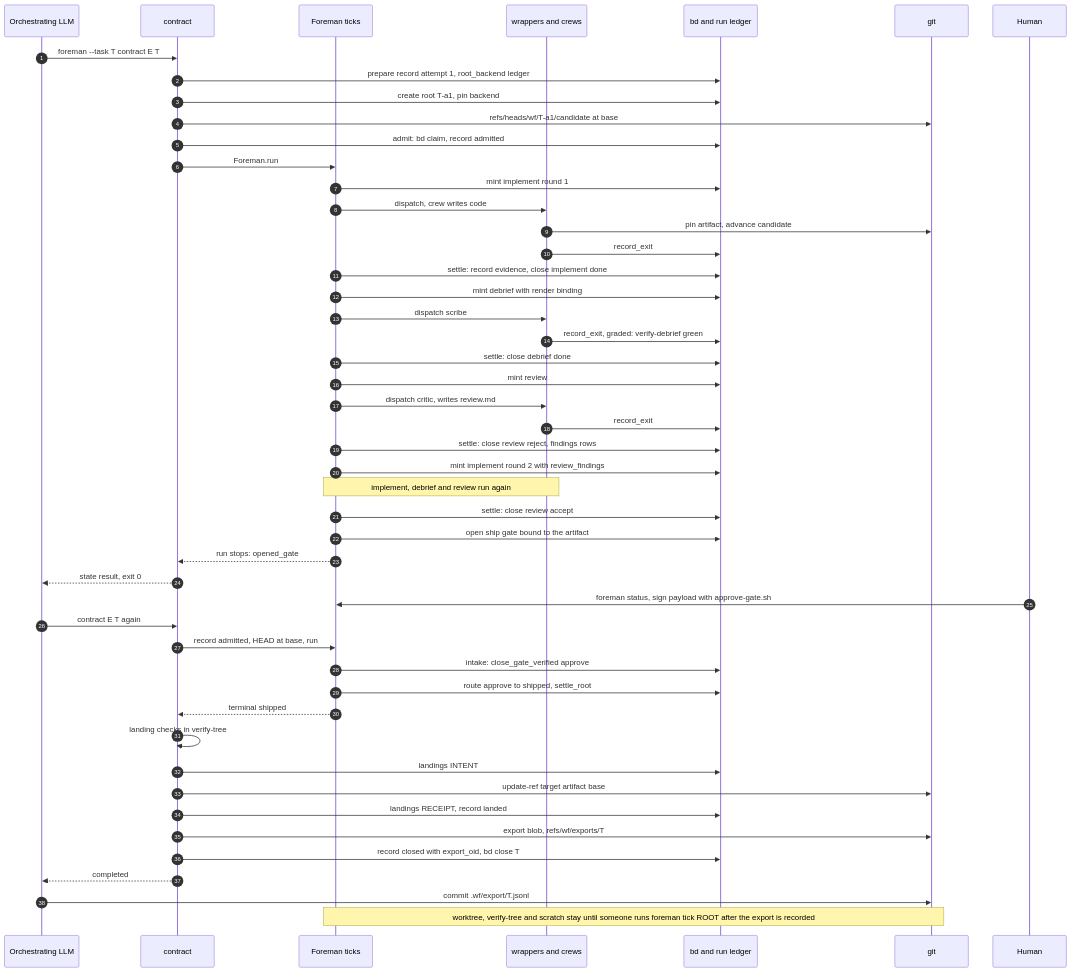
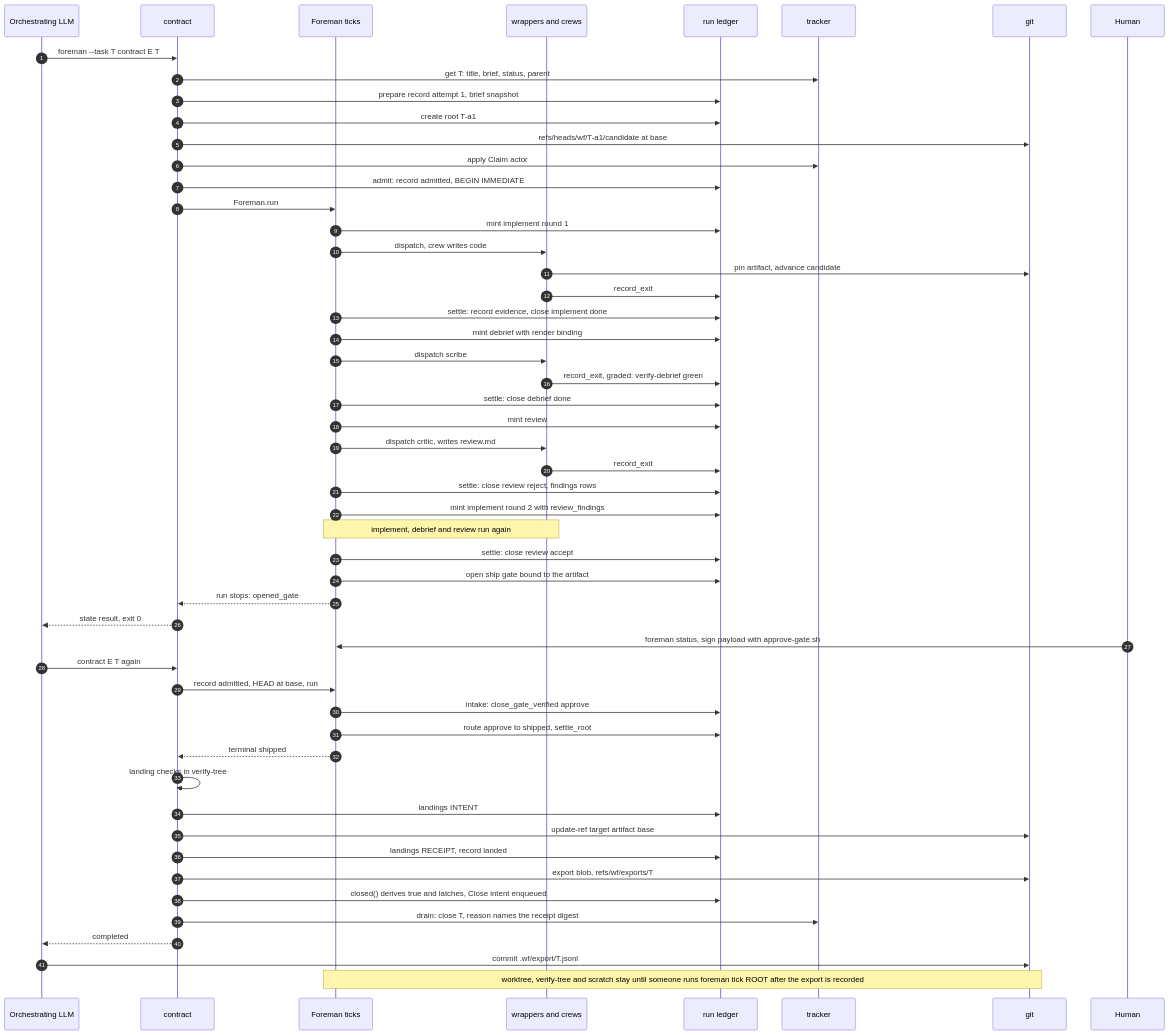
Before and after one commit to MVPavan/coding-ritual: diagram 45 of 45 in docs/workflow-interpreter-guide/diagrams.md, drawn with Mermaid. The commit also changed other lines of this file and 7 other files, not shown here.

````diff
--- a/docs/workflow-interpreter-guide/diagrams.md
+++ b/docs/workflow-interpreter-guide/diagrams.md
@@ -1880,51 +1949,55 @@
 ```mermaid
 sequenceDiagram
   autonumber
   participant O as Orchestrating LLM
   participant B as contract
   participant F as Foreman ticks
   participant W as wrappers and crews
-  participant ST as bd and run ledger
+  participant ST as run ledger
+  participant TR as tracker
   participant G as git
   participant H as Human
   O->>B: foreman --task T contract E T
-  B->>ST: prepare record attempt 1, root_backend ledger
-  B->>ST: create root T-a1, pin backend
+  B->>TR: get T: title, brief, status, parent
+  B->>ST: prepare record attempt 1, brief snapshot
+  B->>ST: create root T-a1
   B->>G: refs/heads/wf/T-a1/candidate at base
-  B->>ST: admit: bd claim, record admitted
+  B->>TR: apply Claim actor
+  B->>ST: admit: record admitted, BEGIN IMMEDIATE
   B->>F: Foreman.run
   F->>ST: mint implement round 1
   F->>W: dispatch, crew writes code
   W->>G: pin artifact, advance candidate
   W->>ST: record_exit
   F->>ST: settle: record evidence, close implement done
   F->>ST: mint debrief with render binding
   F->>W: dispatch scribe
   W->>ST: record_exit, graded: verify-debrief green
   F->>ST: settle: close debrief done
   F->>ST: mint review
   F->>W: dispatch critic, writes review.md
   W->>ST: record_exit
   F->>ST: settle: close review reject, findings rows
   F->>ST: mint implement round 2 with review_findings
   Note over F,W: implement, debrief and review run again
   F->>ST: settle: close review accept
   F->>ST: open ship gate bound to the artifact
   F-->>B: run stops: opened_gate
   B-->>O: state result, exit 0
   H->>F: foreman status, sign payload with approve-gate.sh
   O->>B: contract E T again
   B->>F: record admitted, HEAD at base, run
   F->>ST: intake: close_gate_verified approve
   F->>ST: route approve to shipped, settle_root
   F-->>B: terminal shipped
   B->>B: landing checks in verify-tree
   B->>ST: landings INTENT
   B->>G: update-ref target artifact base
   B->>ST: landings RECEIPT, record landed
   B->>G: export blob, refs/wf/exports/T
-  B->>ST: record closed with export_oid, bd close T
+  B->>ST: closed() derives true and latches, Close intent enqueued
+  B->>TR: drain: close T, reason names the receipt digest
   B-->>O: completed
   O->>G: commit .wf/export/T.jsonl
   Note over F,G: worktree, verify-tree and scratch stay until someone runs foreman tick ROOT after the export is recorded
 ```
````
